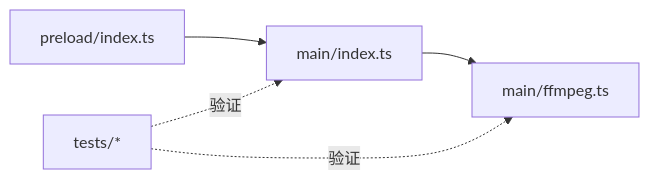
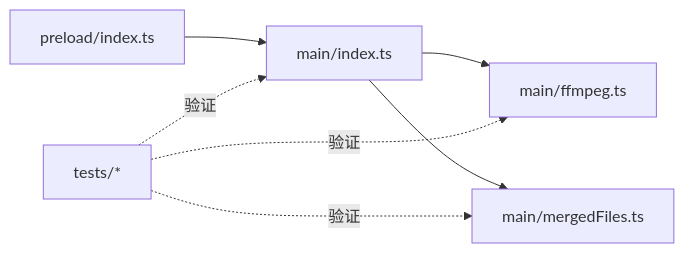
One commit to HoarfrostKimi/Video-Merger changed the tenth of 10 diagrams in .qoder/repowiki/zh/content/架构设计/主进程架构/文件扫描与分组算法/文件扫描与分组算法.md. Above: the diagram before and after it, drawn with Mermaid. The commit also changed other lines of this file and 43 other files, not shown here.

````diff
--- a/.qoder/repowiki/zh/content/架构设计/主进程架构/文件扫描与分组算法/文件扫描与分组算法.md
+++ b/.qoder/repowiki/zh/content/架构设计/主进程架构/文件扫描与分组算法/文件扫描与分组算法.md
@@ -360,7 +444,9 @@
 ```mermaid
 graph LR
 Preload["preload/index.ts"] --> Main["main/index.ts"]
 Main --> FFMPEG["main/ffmpeg.ts"]
+Main --> MergedFiles["main/mergedFiles.ts"]
 Tests["tests/*"] -. 验证 .-> Main
 Tests -. 验证 .-> FFMPEG
+Tests -. 验证 .-> MergedFiles
 ```
````
